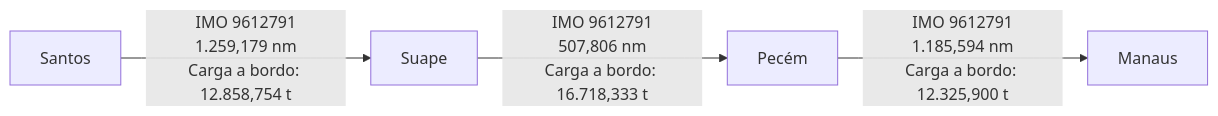
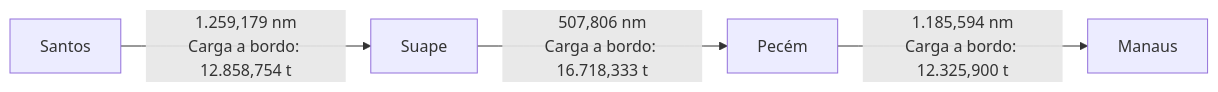
One commit to pennylanesccp/cabotage-lens changed the diagram in docs/tf_technical_article_draft.md. Above: the diagram before and after it, drawn with Mermaid. The commit also changed other lines of this file and 10 other files, not shown here.

Commit message:
- Updated maritime intensity schema version from 3 to 4.

````diff
--- a/docs/tf_technical_article_draft.md
+++ b/docs/tf_technical_article_draft.md
@@ -189,6 +189,6 @@
 ```mermaid
 flowchart LR
-    S[Santos] -->|IMO 9612791<br/>1.259,179 nm<br/>Carga a bordo: 12.858,754 t| U[Suape]
-    U -->|IMO 9612791<br/>507,806 nm<br/>Carga a bordo: 16.718,333 t| P[Pecém]
-    P -->|IMO 9612791<br/>1.185,594 nm<br/>Carga a bordo: 12.325,900 t| M[Manaus]
+    S[Santos] -->|1.259,179 nm<br/>Carga a bordo: 12.858,754 t| U[Suape]
+    U -->|507,806 nm<br/>Carga a bordo: 16.718,333 t| P[Pecém]
+    P -->|1.185,594 nm<br/>Carga a bordo: 12.325,900 t| M[Manaus]
 ```
````
